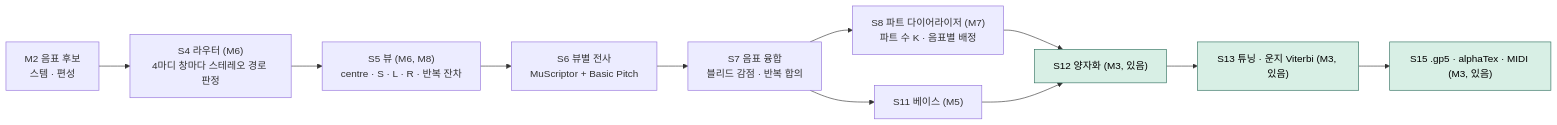
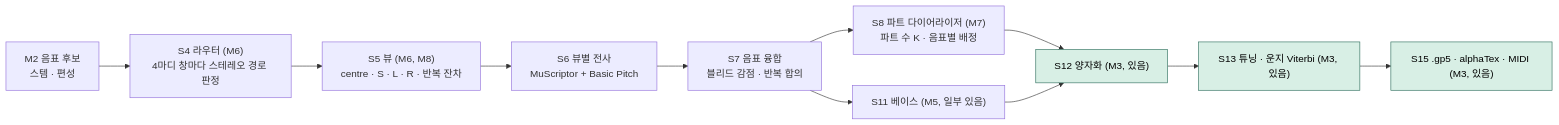
One commit to bhj2837/bandscribe changed the second of 2 diagrams in README.md. Above: the diagram before and after it, drawn with Mermaid. The commit also changed other lines of this file and 14 other files, not shown here.

````diff
--- a/README.md
+++ b/README.md
@@ -164,15 +173,15 @@
 ```mermaid
 flowchart LR
     cand["M2 음표 후보<br/>스템 · 편성"] --> router["S4 라우터 (M6)<br/>4마디 창마다 스테레오 경로 판정"]
     router --> views["S5 뷰 (M6, M8)<br/>centre · S · L · R · 반복 잔차"]
     views --> tx["S6 뷰별 전사<br/>MuScriptor + Basic Pitch"]
     tx --> fuse["S7 음표 융합<br/>블리드 감점 · 반복 합의"]
     fuse --> diar["S8 파트 다이어라이저 (M7)<br/>파트 수 K · 음표별 배정"]
-    fuse --> bass["S11 베이스 (M5)"]
+    fuse --> bass["S11 베이스 (M5, 일부 있음)"]
     diar --> quant["S12 양자화 (M3, 있음)"]
     bass --> quant
     quant --> fret["S13 튜닝 · 운지 Viterbi (M3, 있음)"]
     fret --> export["S15 .gp5 · alphaTex · MIDI (M3, 있음)"]
     classDef m3 fill:#d8efe5,stroke:#2f6f5e,color:#000
     class quant,fret,export m3
 ```
````
